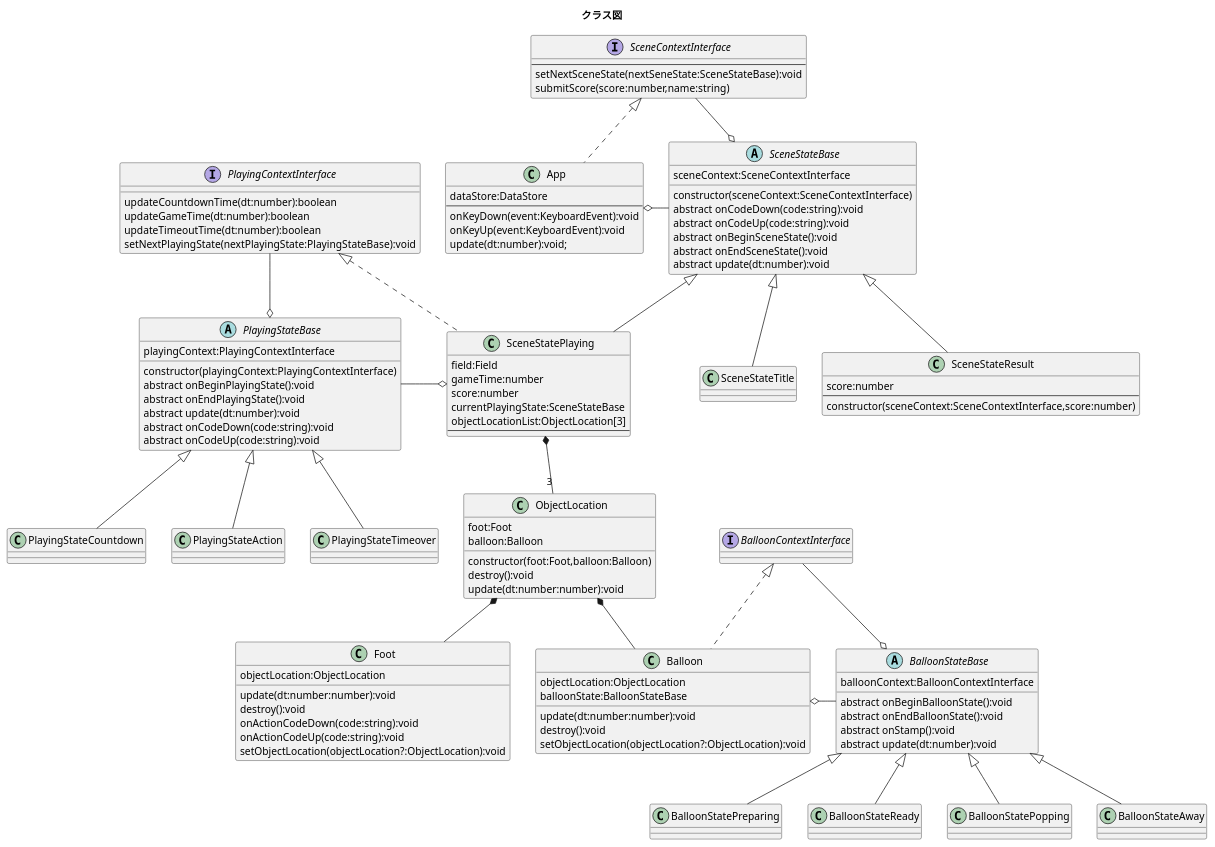
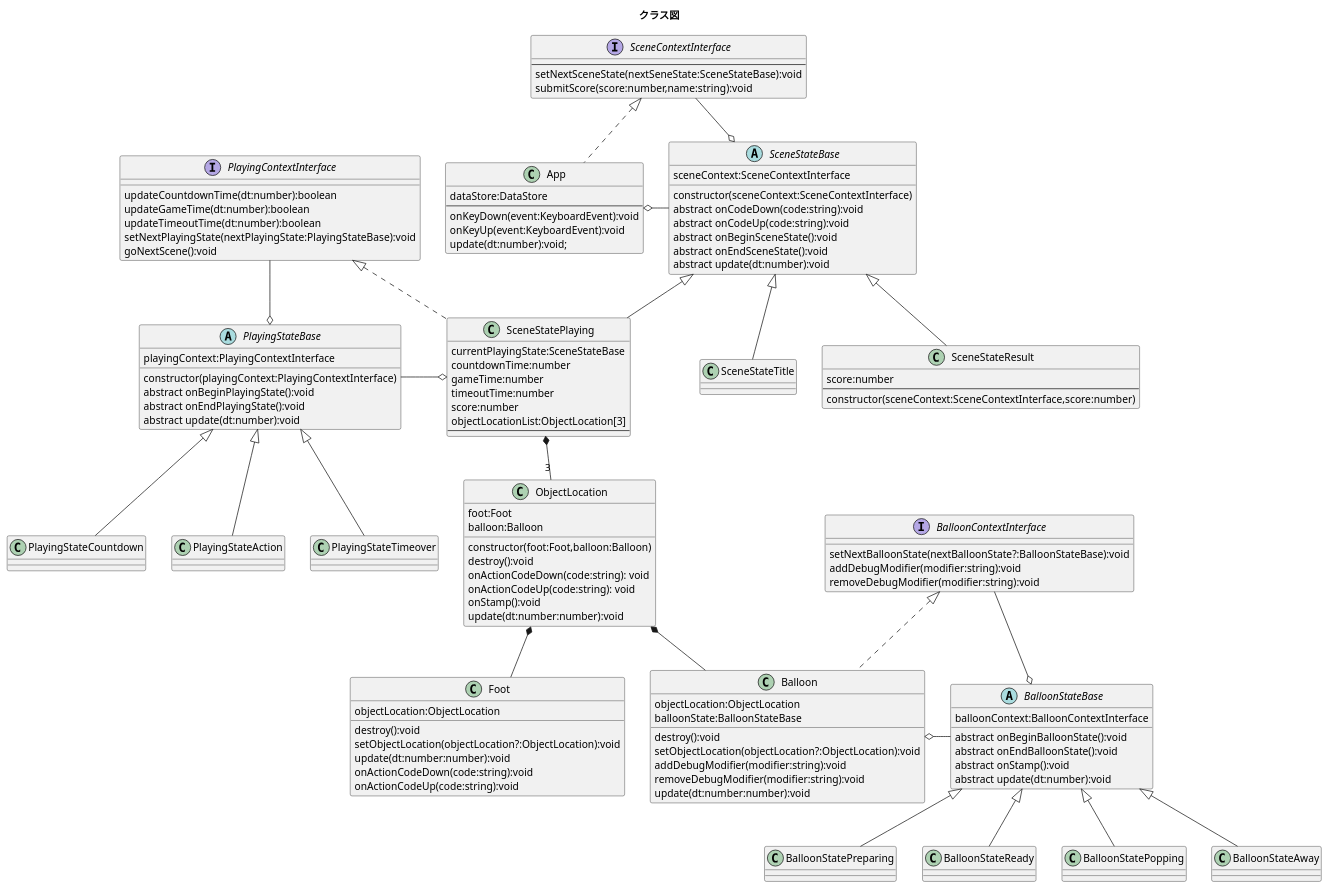
The diagram in uml/class-diagram.puml (novogrammer/balloon-popping-game), drawn with PlantUML before and after one commit. The commit also changed 3 other files, not shown here.

Commit message:
クラス図整理

```diff
--- a/uml/class-diagram.puml
+++ b/uml/class-diagram.puml
@@ -1,144 +1,151 @@
 @startuml クラス図
 title クラス図
 
 abstract class BalloonStateBase{
   balloonContext:BalloonContextInterface
   abstract onBeginBalloonState():void
   abstract onEndBalloonState():void
   abstract onStamp():void
   abstract update(dt:number):void
 }
 class BalloonStatePreparing extends BalloonStateBase{
 
 }
 class BalloonStateReady extends BalloonStateBase{
 
 }
 class BalloonStatePopping extends BalloonStateBase{
 
 }
 class BalloonStateAway extends BalloonStateBase{
 
 }
 
 
 interface BalloonContextInterface{
-
+  setNextBalloonState(nextBalloonState?:BalloonStateBase):void
+  addDebugModifier(modifier:string):void
+  removeDebugModifier(modifier:string):void
 }
 
 
 
 class ObjectLocation{
   foot:Foot
   balloon:Balloon
   constructor(foot:Foot,balloon:Balloon)
   destroy():void
+  onActionCodeDown(code:string): void
+  onActionCodeUp(code:string): void
+  onStamp():void
   update(dt:number:number):void
 }
 
 class Foot{
   objectLocation:ObjectLocation
+  destroy():void
+  setObjectLocation(objectLocation?:ObjectLocation):void
   update(dt:number:number):void
-  destroy():void
   onActionCodeDown(code:string):void
   onActionCodeUp(code:string):void
-  setObjectLocation(objectLocation?:ObjectLocation):void
 }
 
 class Balloon implements BalloonContextInterface{
   objectLocation:ObjectLocation
   balloonState:BalloonStateBase
 
-  update(dt:number:number):void
   destroy():void
   setObjectLocation(objectLocation?:ObjectLocation):void
+  addDebugModifier(modifier:string):void
+  removeDebugModifier(modifier:string):void
+  update(dt:number:number):void
 }
 
 abstract class PlayingStateBase{
   playingContext:PlayingContextInterface
 
   constructor(playingContext:PlayingContextInterface)
   abstract onBeginPlayingState():void
   abstract onEndPlayingState():void
   abstract update(dt:number):void
-  abstract onCodeDown(code:string):void
-  abstract onCodeUp(code:string):void
 }
 
 class PlayingStateCountdown extends PlayingStateBase{
 
 }
 class PlayingStateAction extends PlayingStateBase{
 
 }
 
 class PlayingStateTimeover extends PlayingStateBase{
 
 }
 
 interface PlayingContextInterface{
   updateCountdownTime(dt:number):boolean
   updateGameTime(dt:number):boolean
   updateTimeoutTime(dt:number):boolean
   setNextPlayingState(nextPlayingState:PlayingStateBase):void
+  goNextScene():void
 }
 
 abstract class SceneStateBase{
   sceneContext:SceneContextInterface
 
   constructor(sceneContext:SceneContextInterface)
   abstract onCodeDown(code:string):void
   abstract onCodeUp(code:string):void
   abstract onBeginSceneState():void
   abstract onEndSceneState():void
   abstract update(dt:number):void
 }
 
 class SceneStateTitle extends SceneStateBase{
 }
 class SceneStatePlaying extends SceneStateBase implements PlayingContextInterface{
-  field:Field
+  currentPlayingState:SceneStateBase
+  countdownTime:number
   gameTime:number
+  timeoutTime:number
   score:number
-  currentPlayingState:SceneStateBase
   objectLocationList:ObjectLocation[3]
   --
 }
 class SceneStateResult extends SceneStateBase{
   score:number
   --
   constructor(sceneContext:SceneContextInterface,score:number)
 }
 
 
 interface SceneContextInterface{
   --
   setNextSceneState(nextSeneState:SceneStateBase):void
-  submitScore(score:number,name:string)
+  submitScore(score:number,name:string):void
 }
 
 class App implements SceneContextInterface{
   dataStore:DataStore
   --
   onKeyDown(event:KeyboardEvent):void
   onKeyUp(event:KeyboardEvent):void
   update(dt:number):void;
 }
 
 
 SceneStateBase o-up- SceneContextInterface
 App o-right- SceneStateBase
 
 SceneStatePlaying *-- "3" ObjectLocation
 ObjectLocation *-- Foot
 ObjectLocation *-- Balloon
 
 
 BalloonStateBase o-up- BalloonContextInterface
 Balloon o-right- BalloonStateBase
 
 
 PlayingStateBase o-up- PlayingContextInterface
 SceneStatePlaying o-left- PlayingStateBase
 
 @enduml
```
